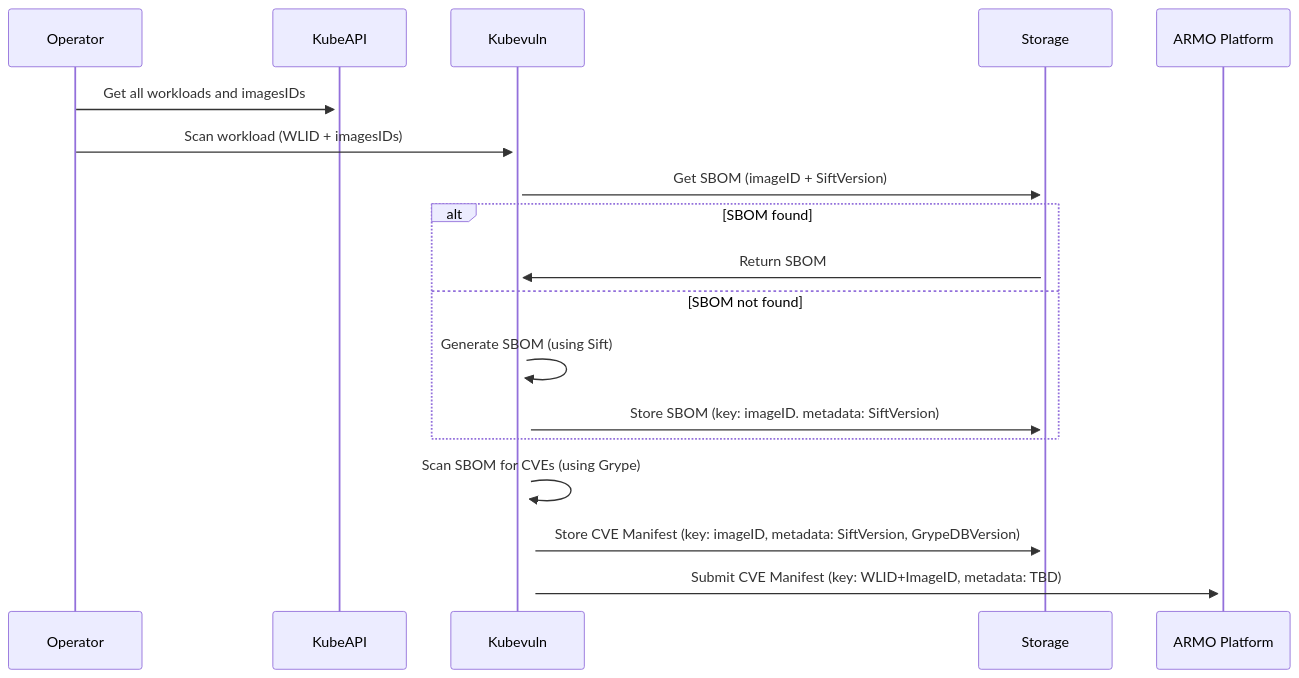
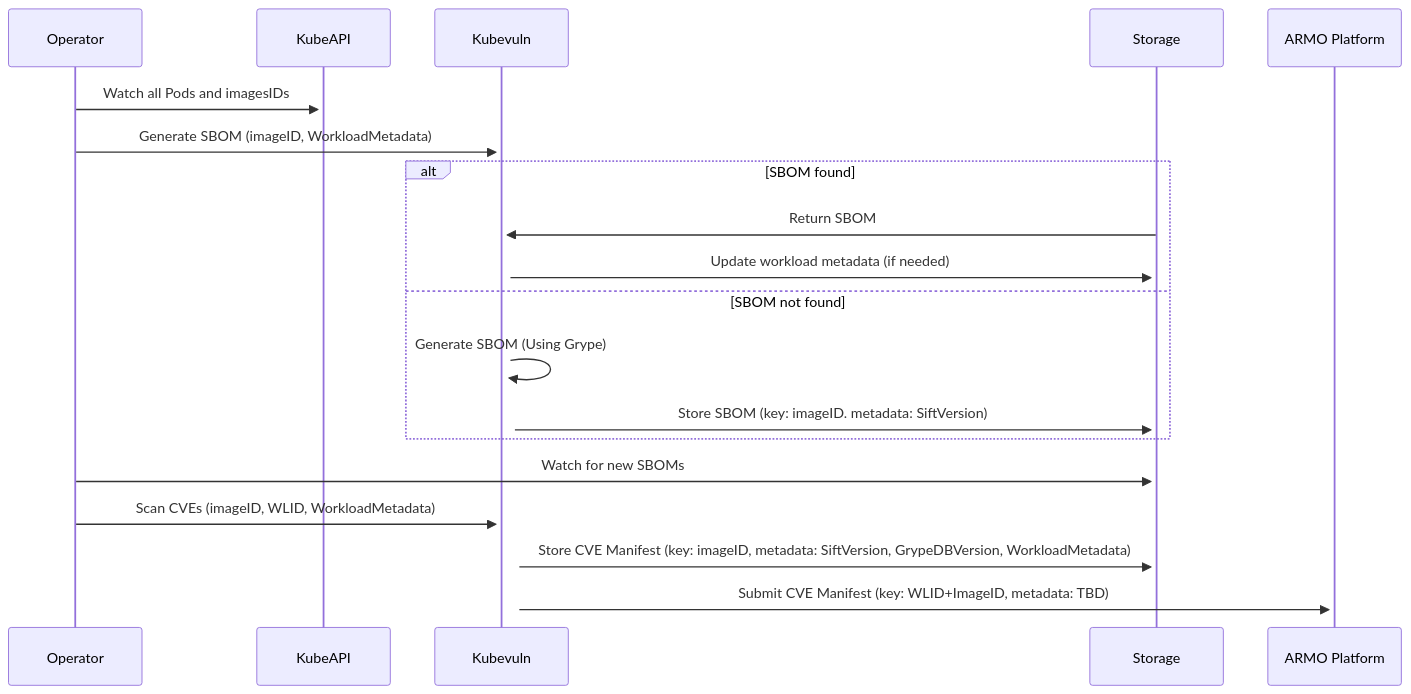
Before and after one commit to dwertent/helm-charts: the first of 5 diagrams in charts/kubescape-cloud-operator/docs/relevancy-flow.md, drawn with Mermaid. The commit also changed other lines of this file, not shown here.

Commit message:
update flows

````diff
--- a/charts/kubescape-cloud-operator/docs/relevancy-flow.md
+++ b/charts/kubescape-cloud-operator/docs/relevancy-flow.md
@@ -4,16 +4,17 @@
 ```mermaid
 
 sequenceDiagram
-    Operator ->>+ KubeAPI: Get all workloads and imagesIDs
-    Operator ->>+ Kubevuln: Scan workload (WLID + imagesIDs)
-    Kubevuln ->>+ Storage: Get SBOM (imageID + SiftVersion)
+    Operator ->>+ KubeAPI: Watch all Pods and imagesIDs
+    Operator ->>+ Kubevuln: Generate SBOM (imageID, WorkloadMetadata)
     alt SBOM found
         Storage ->>+ Kubevuln: Return SBOM 
+        Kubevuln ->>+ Storage: Update workload metadata (if needed) 
     else SBOM not found
-        Kubevuln ->>+ Kubevuln: Generate SBOM (using Sift)
+        Kubevuln ->>+ Kubevuln: Generate SBOM (Using Grype)
         Kubevuln ->>+ Storage: Store SBOM (key: imageID. metadata: SiftVersion)
     end
-    Kubevuln ->>+ Kubevuln: Scan SBOM for CVEs (using Grype)
-    Kubevuln ->>+ Storage: Store CVE Manifest (key: imageID, metadata: SiftVersion, GrypeDBVersion)
+    Operator ->>+ Storage: Watch for new SBOMs
+    Operator ->>+ Kubevuln: Scan CVEs (imageID, WLID, WorkloadMetadata)
+    Kubevuln ->>+ Storage: Store CVE Manifest (key: imageID, metadata: SiftVersion, GrypeDBVersion, WorkloadMetadata)
     Kubevuln ->>+ ARMO Platform: Submit CVE Manifest (key: WLID+ImageID, metadata: TBD)
 ```
````
